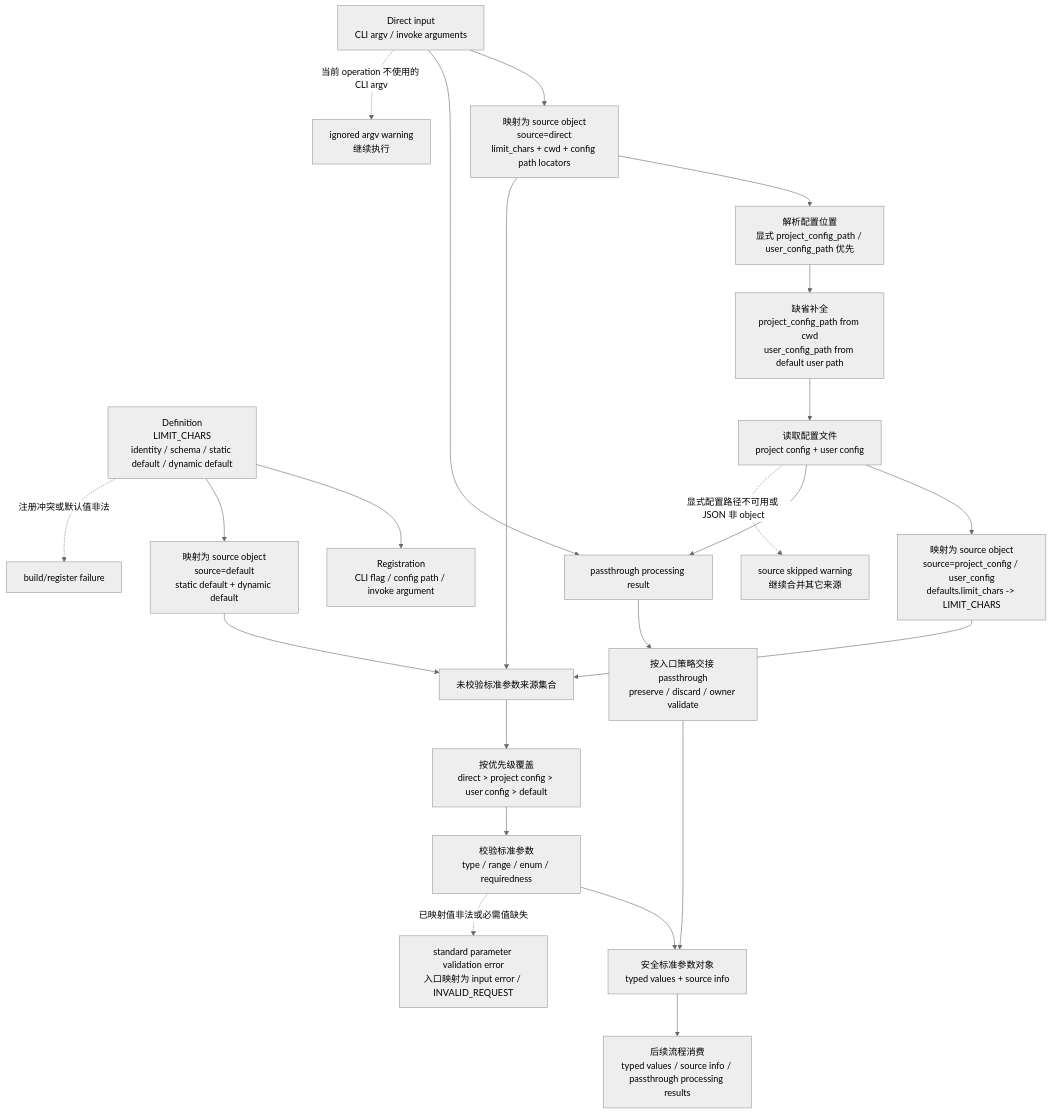
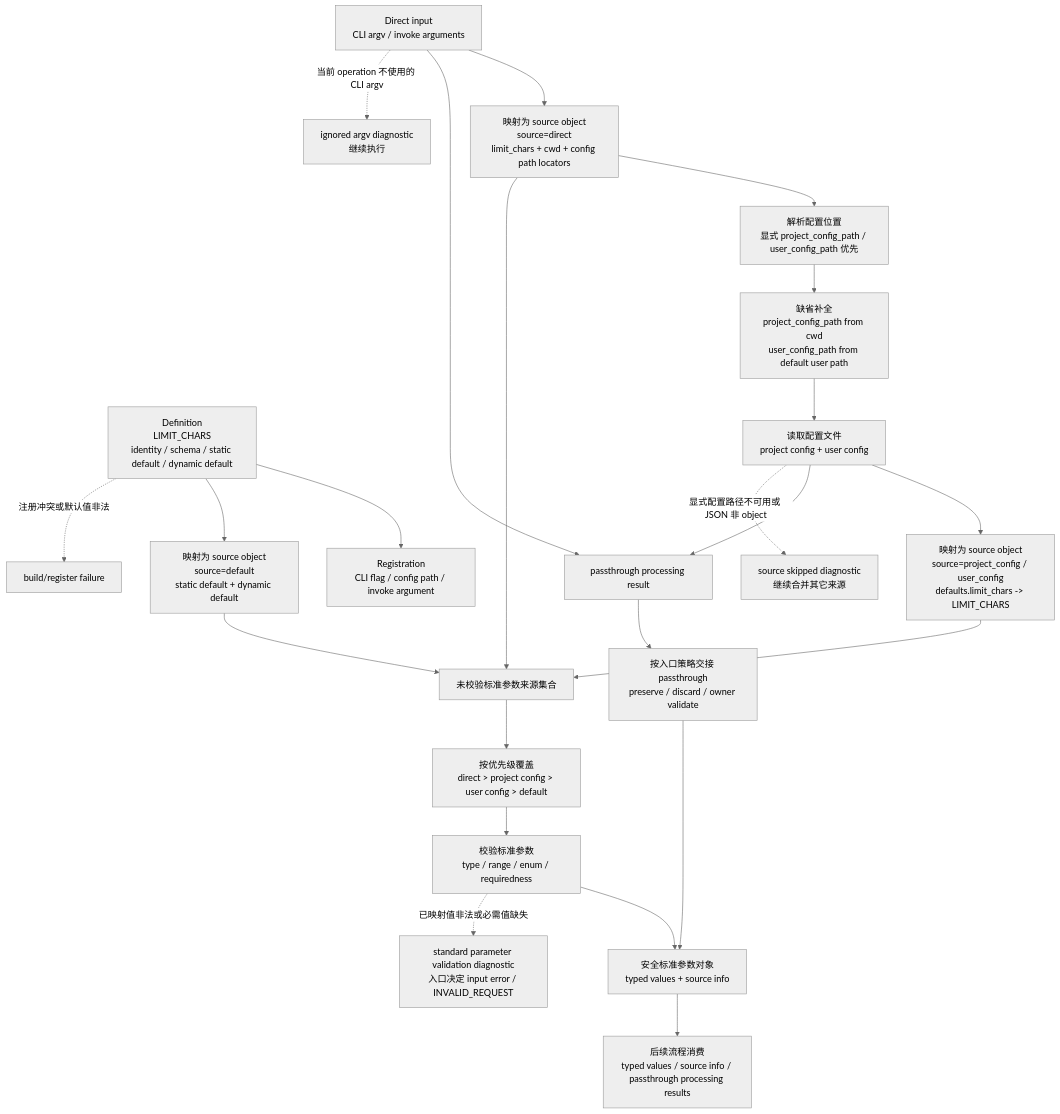
One commit to zxyycom/docnav changed the diagram in docs/standard-parameters.md. Above: the diagram before and after it, drawn with Mermaid (neutral theme). The commit also changed other lines of this file and 59 other files, not shown here.

````diff
--- a/docs/standard-parameters.md
+++ b/docs/standard-parameters.md
@@ -32,31 +32,31 @@
 ```mermaid
 flowchart TD
   A["Definition<br/>LIMIT_CHARS<br/>identity / schema / static default / dynamic default"] --> B["Registration<br/>CLI flag / config path / invoke argument"]
 
   C["Direct input<br/>CLI argv / invoke arguments"] --> D["映射为 source object<br/>source=direct<br/>limit_chars + cwd + config path locators"]
   D --> E["解析配置位置<br/>显式 project_config_path / user_config_path 优先"]
   E --> F["缺省补全<br/>project_config_path from cwd<br/>user_config_path from default user path"]
   F --> G["读取配置文件<br/>project config + user config"]
   G --> H["映射为 source object<br/>source=project_config / user_config<br/>defaults.limit_chars -> LIMIT_CHARS"]
 
   A --> I["映射为 source object<br/>source=default<br/>static default + dynamic default"]
 
   D --> J["未校验标准参数来源集合"]
   H --> J
   I --> J
   J --> K["按优先级覆盖<br/>direct > project config > user config > default"]
   K --> L["校验标准参数<br/>type / range / enum / requiredness"]
   L --> M["安全标准参数对象<br/>typed values + source info"]
 
   C --> N["passthrough processing result"]
   G --> N
   N --> O["按入口策略交接 passthrough<br/>preserve / discard / owner validate"]
   O --> M
 
   M --> P["后续流程消费<br/>typed values / source info / passthrough processing results"]
 
   A -. "注册冲突或默认值非法" .-> X1["build/register failure"]
-  G -. "显式配置路径不可用或 JSON 非 object" .-> X2["source skipped warning<br/>继续合并其它来源"]
-  C -. "当前 operation 不使用的 CLI argv" .-> X3["ignored argv warning<br/>继续执行"]
-  L -. "已映射值非法或必需值缺失" .-> X4["standard parameter validation error<br/>入口映射为 input error / INVALID_REQUEST"]
+  G -. "显式配置路径不可用或 JSON 非 object" .-> X2["source skipped diagnostic<br/>继续合并其它来源"]
+  C -. "当前 operation 不使用的 CLI argv" .-> X3["ignored argv diagnostic<br/>继续执行"]
+  L -. "已映射值非法或必需值缺失" .-> X4["standard parameter validation diagnostic<br/>入口决定 input error / INVALID_REQUEST"]
 ```
````
